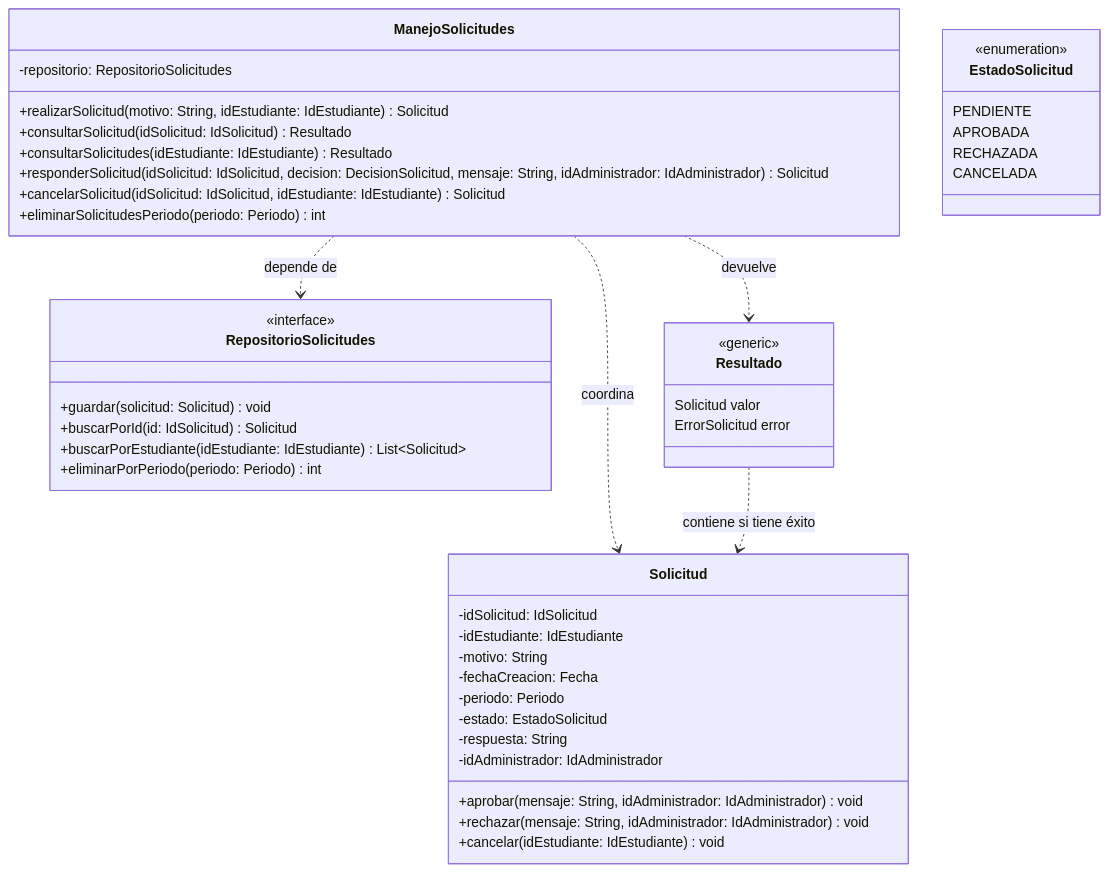
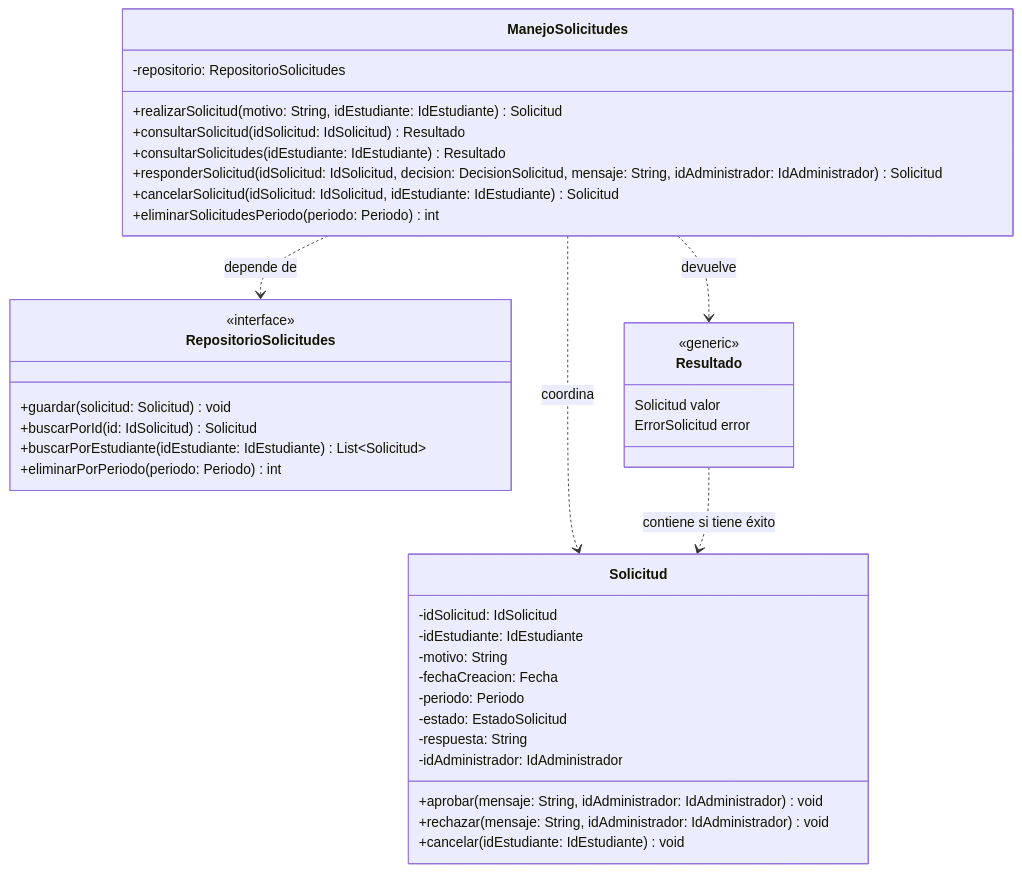
One commit to alfredoquev/Almuerzate.app changed the second of 2 diagrams in docs/01_Architectural_and_Detailed_Design.md. Above: the diagram before and after it, drawn with Mermaid.

````diff
--- a/docs/01_Architectural_and_Detailed_Design.md
+++ b/docs/01_Architectural_and_Detailed_Design.md
@@ -86,56 +86,48 @@
 ```mermaid
 
 
 classDiagram
     class ManejoSolicitudes {
         -repositorio: RepositorioSolicitudes
         +realizarSolicitud(motivo: String, idEstudiante: IdEstudiante) Solicitud
         +consultarSolicitud(idSolicitud: IdSolicitud) Resultado
         +consultarSolicitudes(idEstudiante: IdEstudiante) Resultado
         +responderSolicitud(idSolicitud: IdSolicitud, decision: DecisionSolicitud, mensaje: String, idAdministrador: IdAdministrador) Solicitud
         +cancelarSolicitud(idSolicitud: IdSolicitud, idEstudiante: IdEstudiante) Solicitud
         +eliminarSolicitudesPeriodo(periodo: Periodo) int
     }
 
     class Solicitud {
         -idSolicitud: IdSolicitud
         -idEstudiante: IdEstudiante
         -motivo: String
         -fechaCreacion: Fecha
         -periodo: Periodo
         -estado: EstadoSolicitud
         -respuesta: String
         -idAdministrador: IdAdministrador
         +aprobar(mensaje: String, idAdministrador: IdAdministrador) void
         +rechazar(mensaje: String, idAdministrador: IdAdministrador) void
         +cancelar(idEstudiante: IdEstudiante) void
     }
 
     class RepositorioSolicitudes {
         <<interface>>
         +guardar(solicitud: Solicitud) void
         +buscarPorId(id: IdSolicitud) Solicitud
         +buscarPorEstudiante(idEstudiante: IdEstudiante) List~Solicitud~
         +eliminarPorPeriodo(periodo: Periodo) int
     }
 
-    class EstadoSolicitud {
-        <<enumeration>>
-        PENDIENTE
-        APROBADA
-        RECHAZADA
-        CANCELADA
-    }
-
     class Resultado {
         <<generic>>
         Solicitud valor
         ErrorSolicitud error
     }
 
     ManejoSolicitudes ..> RepositorioSolicitudes : depende de
     ManejoSolicitudes ..> Solicitud : coordina
     ManejoSolicitudes ..> Resultado : devuelve
     Resultado ..> Solicitud : contiene si tiene éxito
 
 ```
````
